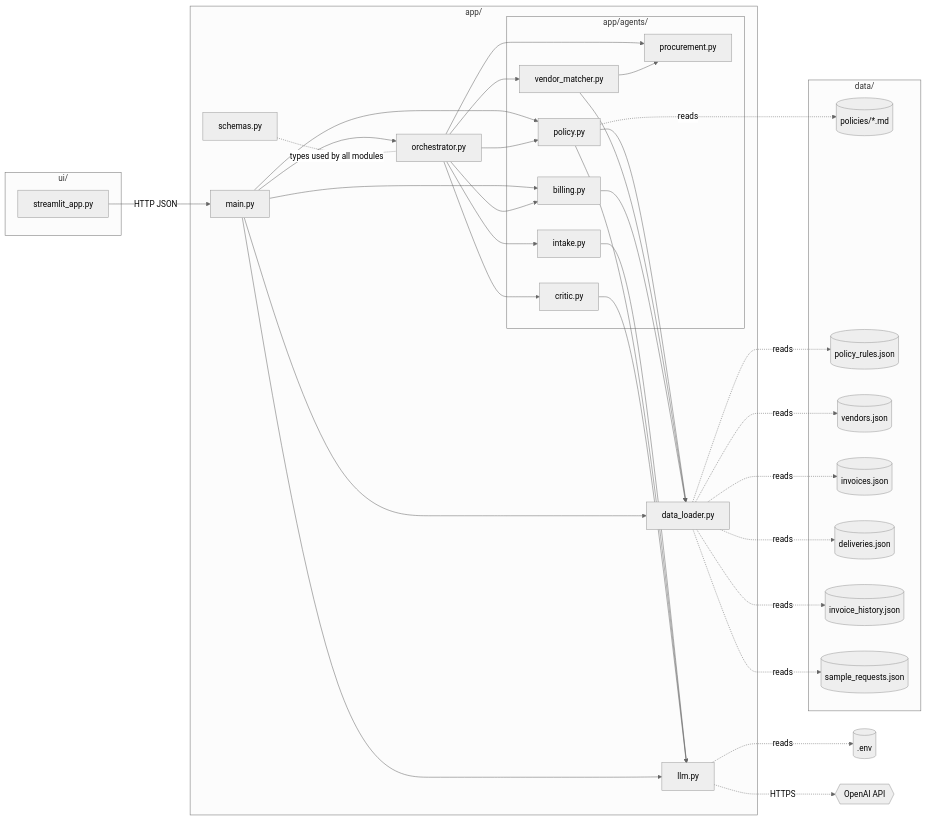
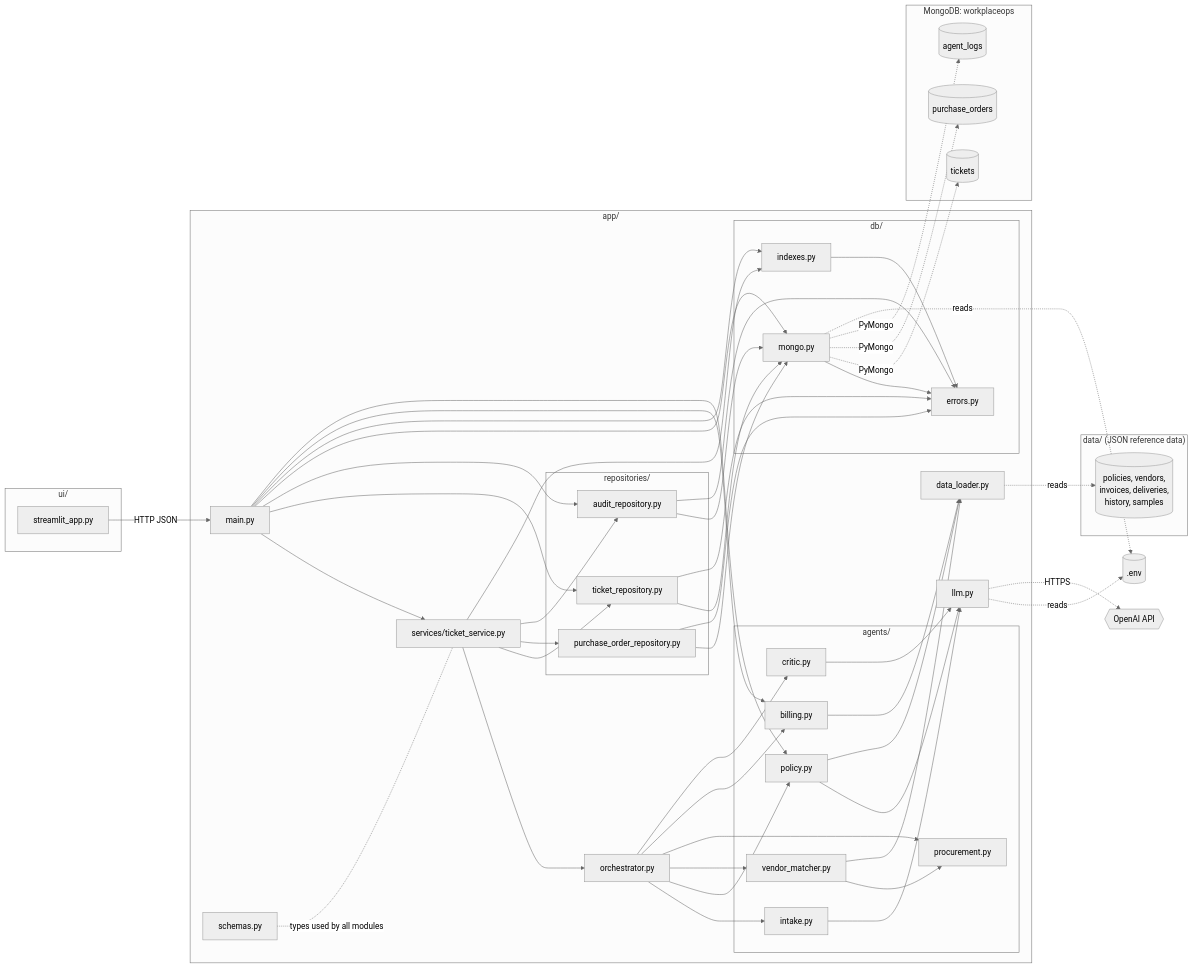
Before and after one commit to Sinha28Shivam/Singularity_Squad: the first of 5 diagrams in flow.md, drawn with Mermaid (neutral theme). The commit also changed other lines of this file and 26 other files, not shown here.

First line of the commit message:
Implement MongoDB persistence layer with ticketing and audit functionality

````diff
--- a/flow.md
+++ b/flow.md
@@ -88,52 +112,63 @@
 ```mermaid
 flowchart LR
     subgraph UI["ui/"]
         ST[streamlit_app.py]
     end
     subgraph APP["app/"]
         MAIN[main.py]
+        SVC[services/ticket_service.py]
         ORCH[orchestrator.py]
         SCH[schemas.py]
         LLM[llm.py]
         DL[data_loader.py]
-        subgraph AG["app/agents/"]
+        subgraph AG["agents/"]
             IN[intake.py]
             PO[policy.py]
             VM[vendor_matcher.py]
             PR[procurement.py]
             BI[billing.py]
             CR[critic.py]
         end
+        subgraph REPO["repositories/"]
+            TR[ticket_repository.py]
+            POR[purchase_order_repository.py]
+            AR[audit_repository.py]
+        end
+        subgraph DBL["db/"]
+            MG[mongo.py]
+            IX[indexes.py]
+            ER[errors.py]
+        end
     end
-    subgraph DATA["data/"]
-        POLMD[(policies/*.md)]
-        RULES[(policy_rules.json)]
-        VEN[(vendors.json)]
-        INV[(invoices.json)]
-        DEL[(deliveries.json)]
-        HIS[(invoice_history.json)]
-        SMP[(sample_requests.json)]
+    subgraph DATA["data/ (JSON reference data)"]
+        JSON[(policies, vendors,<br/>invoices, deliveries,<br/>history, samples)]
+    end
+    subgraph MONGO["MongoDB: workplaceops"]
+        TK[(tickets)]
+        PC[(purchase_orders)]
+        AL[(agent_logs)]
     end
     ENV[(.env)]
     OPENAI{{OpenAI API}}
 
     ST -- HTTP JSON --> MAIN
-    MAIN --> ORCH
-    MAIN --> BI
-    MAIN --> PO
-    MAIN --> DL
-    MAIN --> LLM
+    MAIN --> SVC
+    MAIN --> TR & AR
+    MAIN --> MG & IX
+    MAIN --> BI & PO
+    SVC --> ORCH
+    SVC --> TR & POR & AR
+    SVC --> IX
     ORCH --> IN & PO & VM & PR & BI & CR
     VM --> PR
-    IN --> LLM
-    PO --> LLM
-    CR --> LLM
+    IN & PO & CR --> LLM
+    PO & VM & BI --> DL
+    DL -. reads .-> JSON
+    TR & POR & AR --> MG
+    TR & POR & AR & MG & IX --> ER
+    MG -. PyMongo .-> TK & PC & AL
+    MG -. reads .-> ENV
     LLM -. reads .-> ENV
     LLM -. HTTPS .-> OPENAI
-    PO --> DL
-    VM --> DL
-    BI --> DL
-    PO -. reads .-> POLMD
-    DL -. reads .-> RULES & VEN & INV & DEL & HIS & SMP
-    SCH -. types used by all modules .- ORCH
+    SCH -. types used by all modules .- SVC
 ```
````
